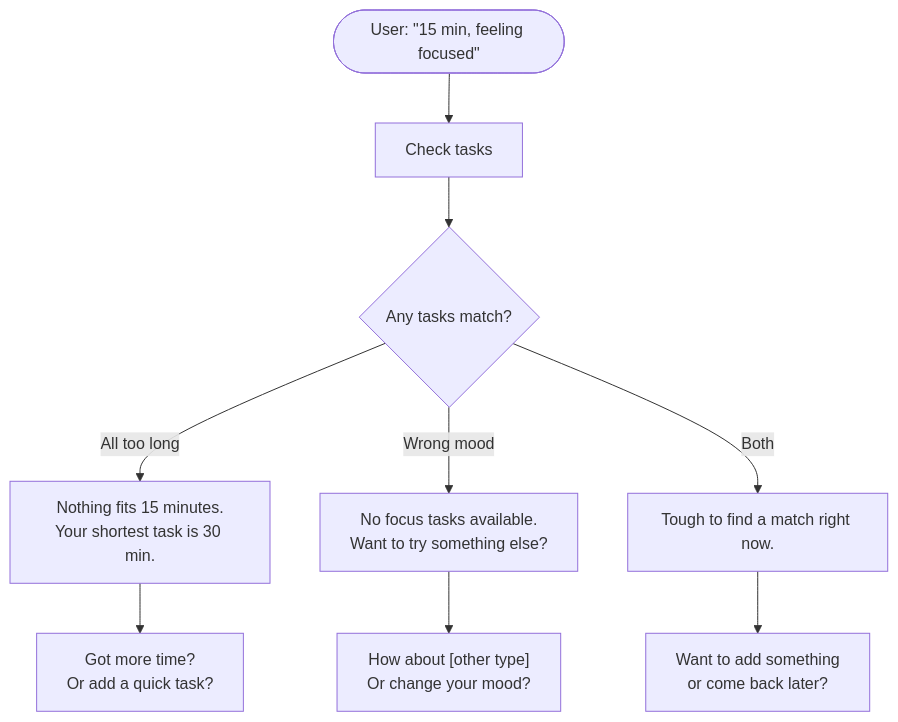
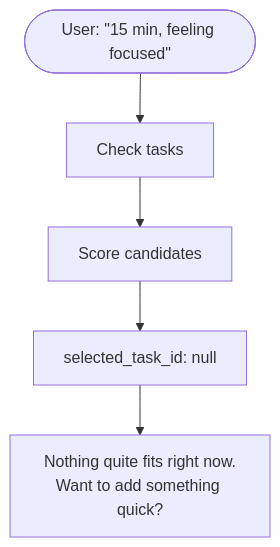
Diagram 24 of 28 in docs/user-interactions.md (NickBorgersProbably/hide-my-list), drawn with Mermaid before and after one commit. The commit also changed other lines of this file and 4 other files, not shown here.

````diff
--- a/docs/user-interactions.md
+++ b/docs/user-interactions.md
@@ -1016,13 +1013,8 @@
 ```mermaid
 flowchart TD
     Request(["User: #quot;15 min, feeling focused#quot;"]) --> Check[Check tasks]
-    Check --> NoMatch{Any tasks match?}
+    Check --> Score[Score candidates]
+    Score --> Null["selected_task_id: null"]
 
-    NoMatch -->|All too long| TimeIssue["Nothing fits 15 minutes.<br/>Your shortest task is 30 min."]
-    NoMatch -->|Wrong mood| MoodIssue["No focus tasks available.<br/>Want to try something else?"]
-    NoMatch -->|Both| BothIssue["Tough to find a match right now."]
-
-    TimeIssue --> Options1["Got more time?<br/>Or add a quick task?"]
-    MoodIssue --> Options2["How about [other type]<br/>Or change your mood?"]
-    BothIssue --> Options3["Want to add something<br/>or come back later?"]
+    Null --> Reply["Nothing quite fits right now.<br/>Want to add something quick?"]
 ```
````
